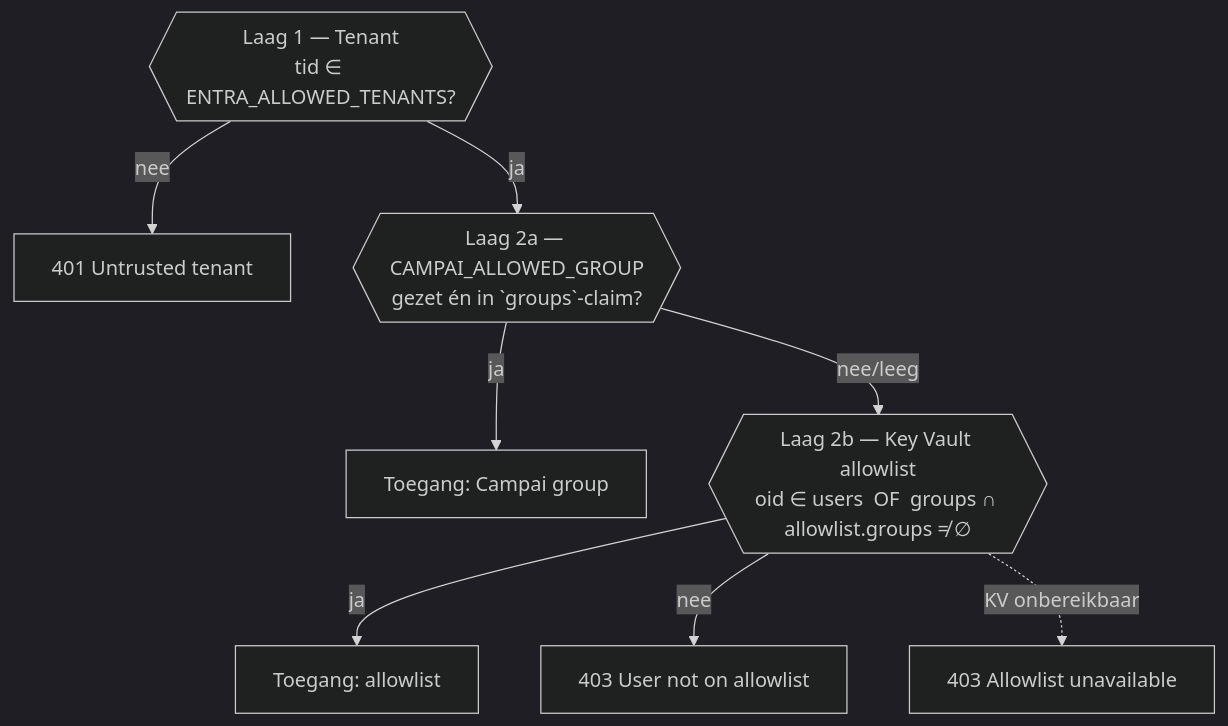
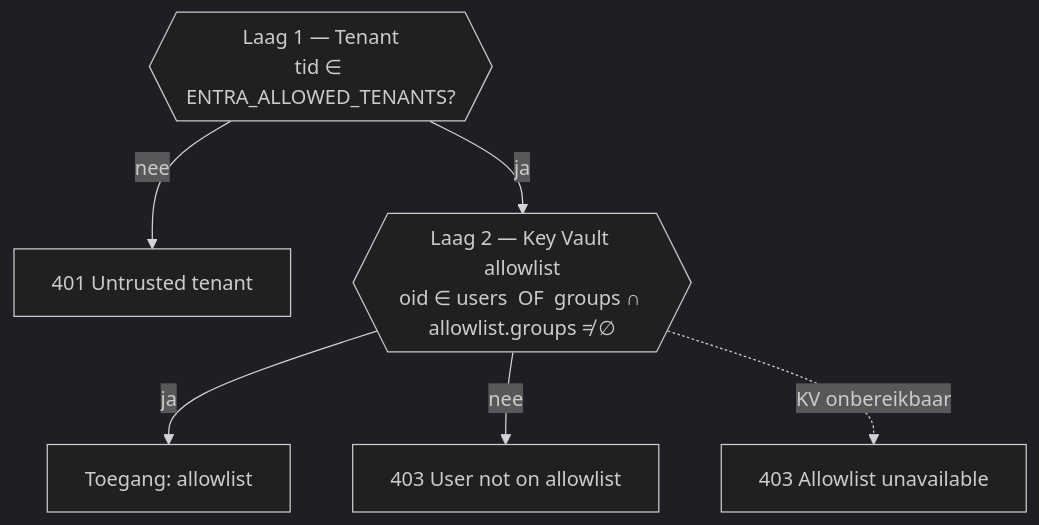
One commit to Github-campai/AzureMCP-CMS changed the fifth of 6 diagrams in docs/ARCHITECTUUR.md. Above: the diagram before and after it, drawn with Mermaid (dark theme). The commit also changed other lines of this file and 6 other files, not shown here.

First line of the commit message:
refactor(auth): CAMPAI_ALLOWED_GROUP verwijderd

````diff
--- a/docs/ARCHITECTUUR.md
+++ b/docs/ARCHITECTUUR.md
@@ -277,11 +277,9 @@
 ```mermaid
 flowchart TD
     T{{"Laag 1 — Tenant<br/>tid ∈ ENTRA_ALLOWED_TENANTS?"}}
     T -- nee --> R401[401 Untrusted tenant]
-    T -- ja --> G{{"Laag 2a — CAMPAI_ALLOWED_GROUP<br/>gezet én in `groups`-claim?"}}
-    G -- ja --> OK1[Toegang: Campai group]
-    G -- nee/leeg --> KV{{"Laag 2b — Key Vault allowlist<br/>oid ∈ users  OF  groups ∩ allowlist.groups ≠ ∅"}}
+    T -- ja --> KV{{"Laag 2 — Key Vault allowlist<br/>oid ∈ users  OF  groups ∩ allowlist.groups ≠ ∅"}}
     KV -- ja --> OK2[Toegang: allowlist]
     KV -- nee --> R403[403 User not on allowlist]
     KV -. KV onbereikbaar .-> R403b[403 Allowlist unavailable]
 ```
````
